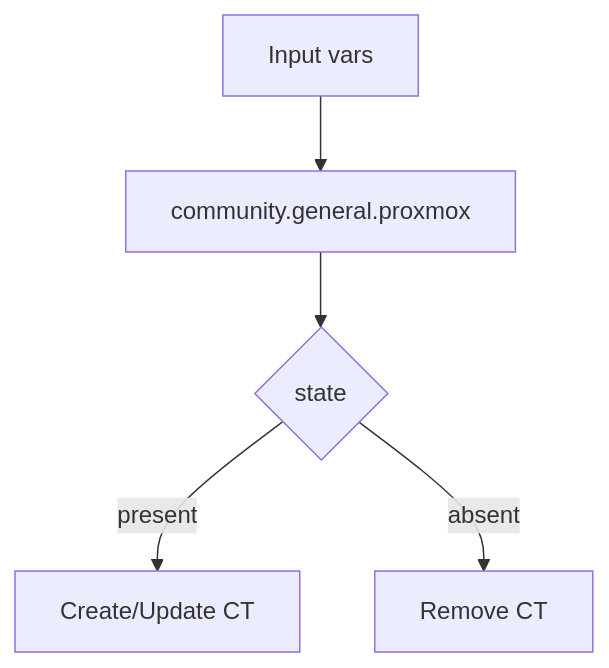
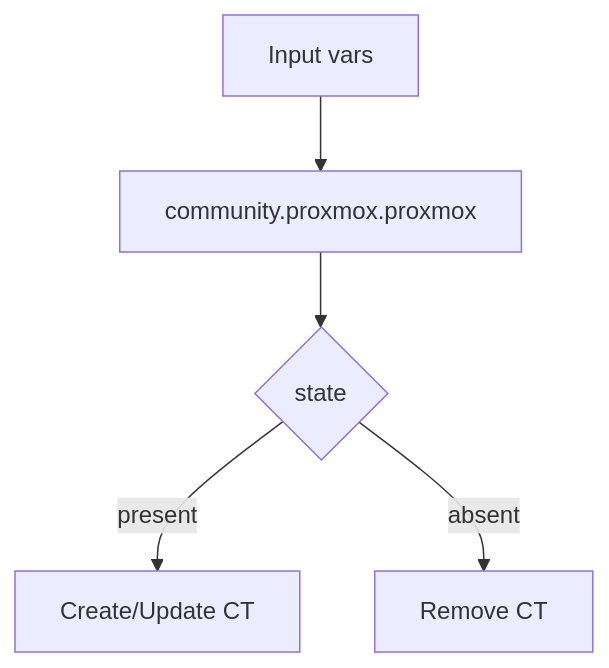
Before and after one commit to ktooi/ansible-collection-pve-inference: the diagram in roles/ct_instance/README.md, drawn with Mermaid. The commit also changed other lines of this file and 58 other files, not shown here.

````diff
--- a/roles/ct_instance/README.md
+++ b/roles/ct_instance/README.md
@@ -15,7 +35,7 @@
 ```mermaid
 flowchart TD
-    A[Input vars] --> B[community.general.proxmox]
+    A[Input vars] --> B[community.proxmox.proxmox]
     B --> C{state}
     C -->|present| D[Create/Update CT]
     C -->|absent| E[Remove CT]
 ```
````
